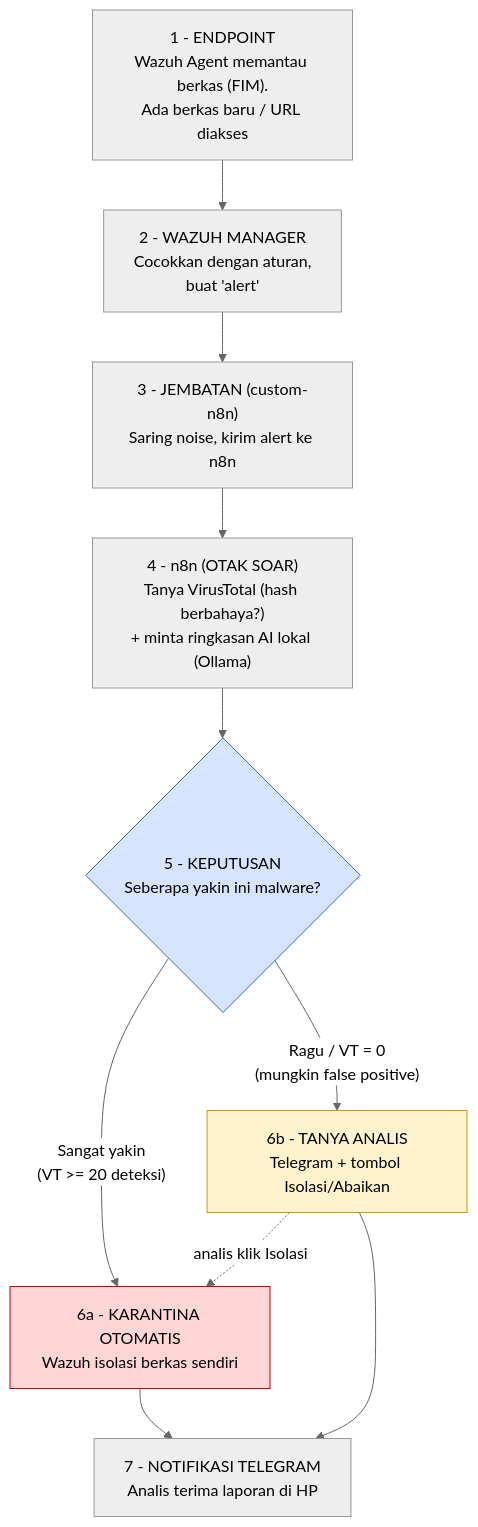
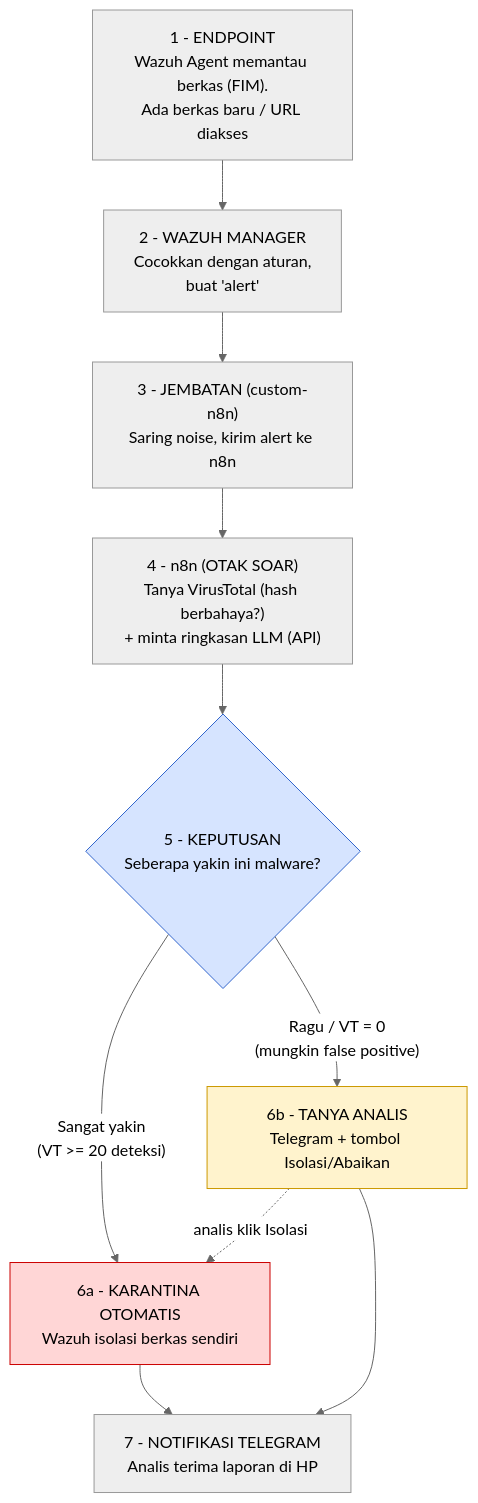
One commit to ravi-arnan/soar-project changed the diagram in docs/diagrams/overview-bernomor.mmd. Above: the diagram before and after it, drawn with Mermaid (neutral theme). The commit also changed 38 other files, not shown here.

First line of the commit message:
docs: hapus klaim AI lokal + revisi milestone (AI = analisis LLM via API)

```diff
--- a/docs/diagrams/overview-bernomor.mmd
+++ b/docs/diagrams/overview-bernomor.mmd
@@ -1,14 +1,14 @@
 graph TD
     A["1 - ENDPOINT<br/>Wazuh Agent memantau berkas (FIM).<br/>Ada berkas baru / URL diakses"]
     A --> B["2 - WAZUH MANAGER<br/>Cocokkan dengan aturan,<br/>buat 'alert'"]
     B --> C["3 - JEMBATAN (custom-n8n)<br/>Saring noise, kirim alert ke n8n"]
-    C --> D["4 - n8n (OTAK SOAR)<br/>Tanya VirusTotal (hash berbahaya?)<br/>+ minta ringkasan AI lokal (Ollama)"]
+    C --> D["4 - n8n (OTAK SOAR)<br/>Tanya VirusTotal (hash berbahaya?)<br/>+ minta ringkasan LLM (API)"]
     D --> E{"5 - KEPUTUSAN<br/>Seberapa yakin ini malware?"}
     E -->|"Sangat yakin<br/>(VT >= 20 deteksi)"| F["6a - KARANTINA OTOMATIS<br/>Wazuh isolasi berkas sendiri"]
     E -->|"Ragu / VT = 0<br/>(mungkin false positive)"| G["6b - TANYA ANALIS<br/>Telegram + tombol Isolasi/Abaikan"]
     F --> H["7 - NOTIFIKASI TELEGRAM<br/>Analis terima laporan di HP"]
     G --> H
     G -.->|"analis klik Isolasi"| F
     style F fill:#ffd6d6,stroke:#c00
     style G fill:#fff3cd,stroke:#c90
     style E fill:#d6e4ff,stroke:#36c
```
